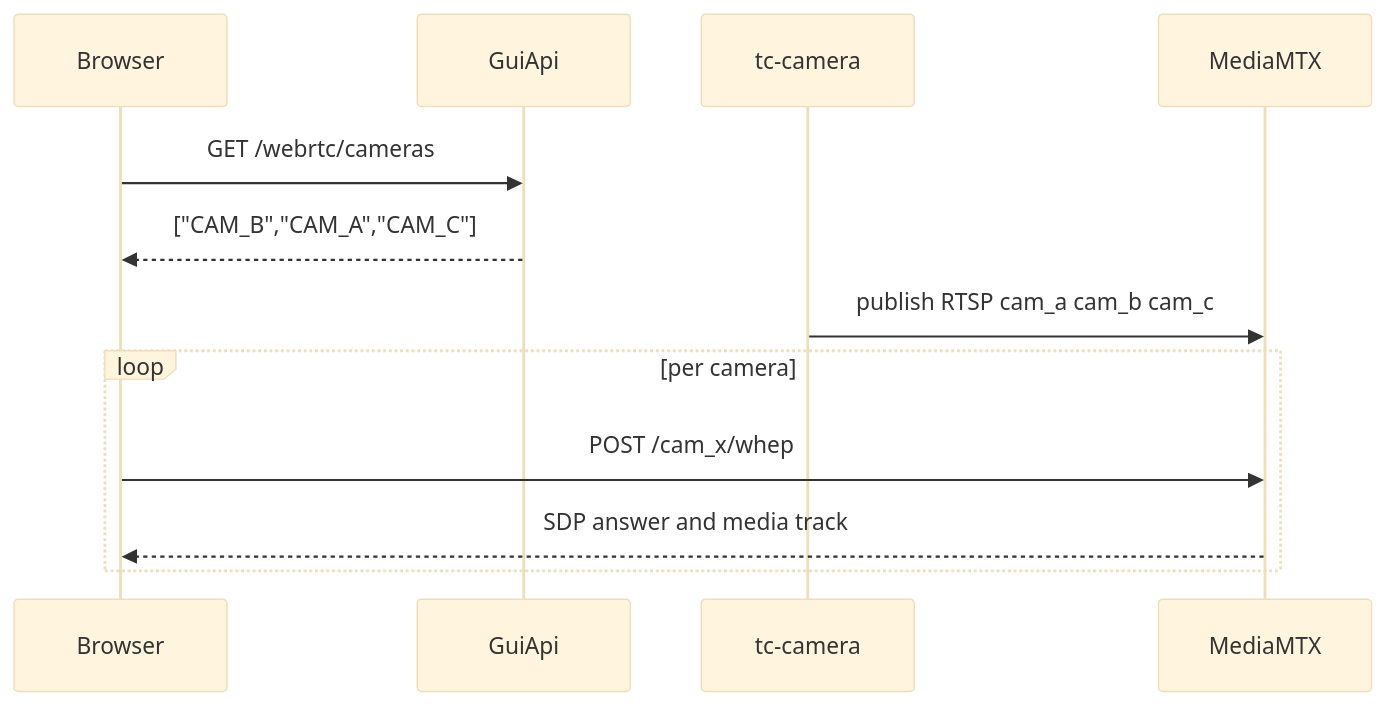
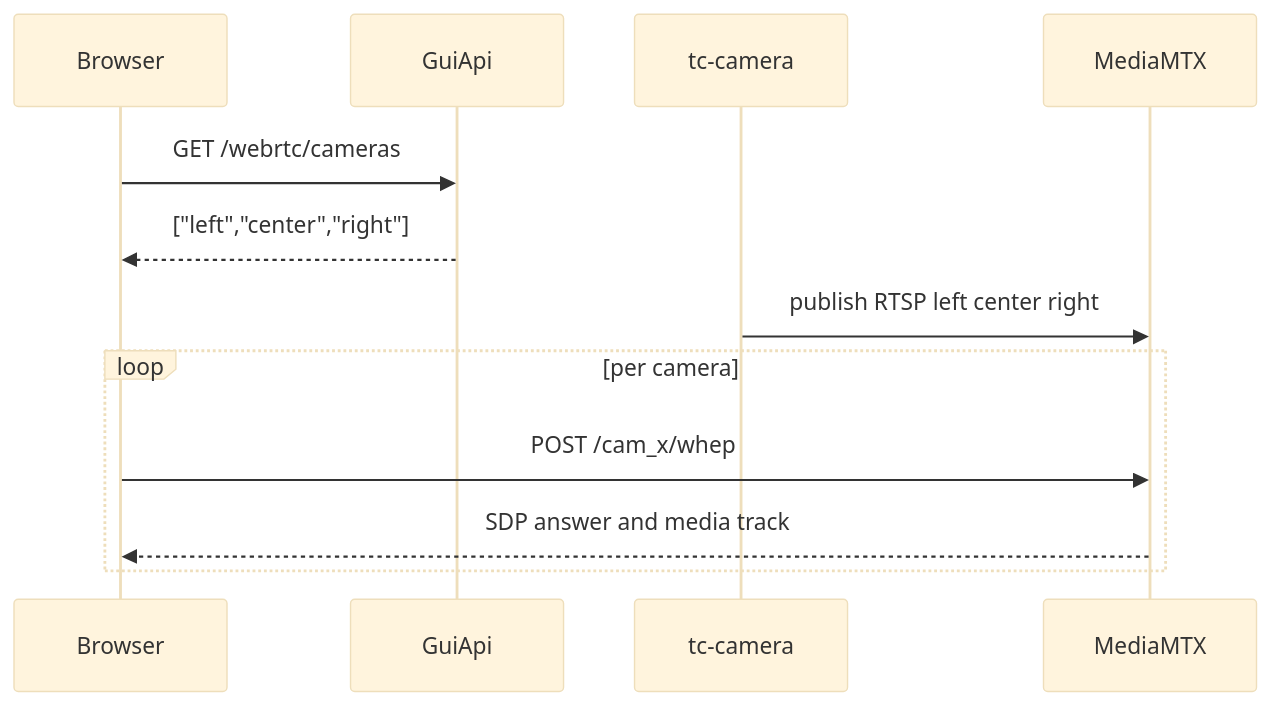
One commit to xdaumich/learn-gui changed the third of 3 diagrams in docs/infra.md. Above: the diagram before and after it, drawn with Mermaid (base theme). The commit also changed other lines of this file and 3 other files, not shown here.

````diff
--- a/docs/infra.md
+++ b/docs/infra.md
@@ -117,15 +135,15 @@
 ```mermaid
 sequenceDiagram
   participant Browser as Browser
   participant GuiApi as GuiApi
   participant CameraRunner as tc-camera
   participant MTX as MediaMTX
 
   Browser->>GuiApi: GET /webrtc/cameras
-  GuiApi-->>Browser: ["CAM_B","CAM_A","CAM_C"]
-  CameraRunner->>MTX: publish RTSP cam_a cam_b cam_c
+  GuiApi-->>Browser: ["left","center","right"]
+  CameraRunner->>MTX: publish RTSP left center right
   loop per camera
     Browser->>MTX: POST /cam_x/whep
     MTX-->>Browser: SDP answer and media track
   end
 ```
````
